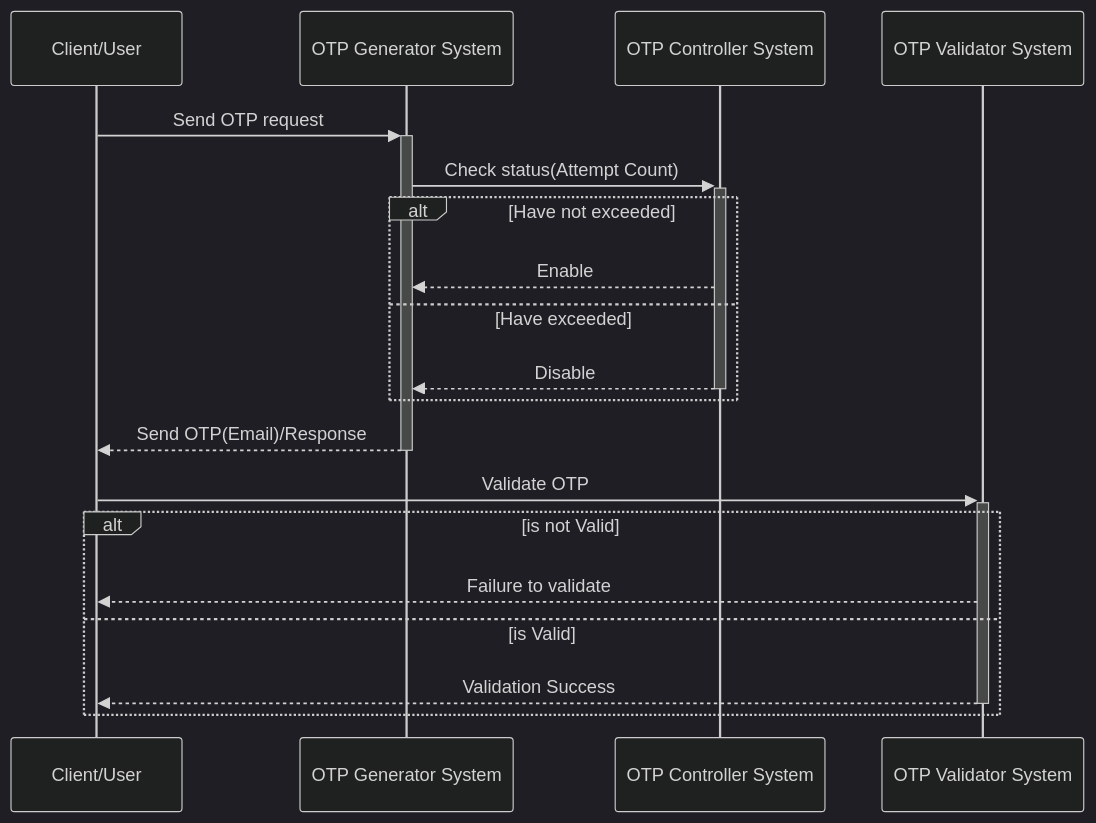
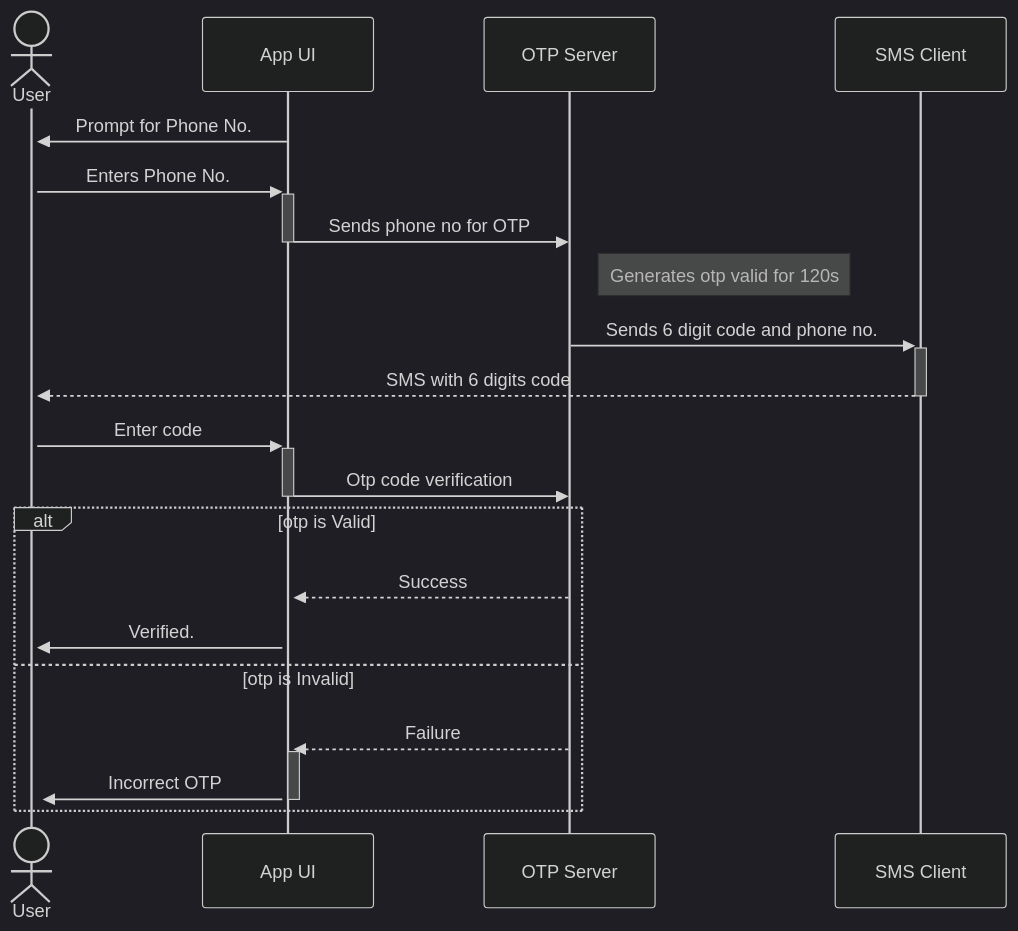
The diagram in services/app-otp/docs/otp.mmd (AppsLab-KE/backend-everyshilling), drawn with Mermaid (dark theme) before and after one commit. The commit also changed other lines of this file, not shown here.

Commit message:
Edited otp sequence diagram flow

```diff
--- a/services/app-otp/docs/otp.mmd
+++ b/services/app-otp/docs/otp.mmd
@@ -1,15 +1,18 @@
 sequenceDiagram
-    Client/User ->>+OTP Generator System:Send OTP request
-    OTP Generator System->>+OTP Controller System:Check status(Attempt Count)
-    alt Have not exceeded
-    OTP Controller System-->>OTP Generator System:Enable
-    else Have exceeded
-    OTP Controller System-->>-OTP Generator System:Disable
-    end
-    OTP Generator System-->>-Client/User:Send OTP(Email)/Response
-    Client/User->>+OTP Validator System:Validate OTP
-    alt is not Valid
-    OTP Validator System-->>Client/User:Failure to validate
-    else is Valid
-    OTP Validator System-->>-Client/User: Validation Success
-    end
+    actor User
+    App UI ->>+ User: Prompt for Phone No.
+    User->>+App UI:Enters Phone No.
+    App UI->>-OTP Server:Sends phone no for OTP 
+    participant OTP Server
+    Note right of OTP Server: Generates otp valid for 120s
+    OTP Server->>+SMS Client: Sends 6 digit code and phone no.
+    SMS Client-->>-User: SMS with 6 digits code
+    User->>+App UI: Enter code
+    App UI->>-OTP Server:Otp code verification
+    alt otp is Valid
+        OTP Server-->>+App UI: Success
+        App UI ->>+ User: Verified.
+    else otp is Invalid
+        OTP Server-->>+App UI: Failure
+        App UI ->>- User: Incorrect OTP
+    end    
```
